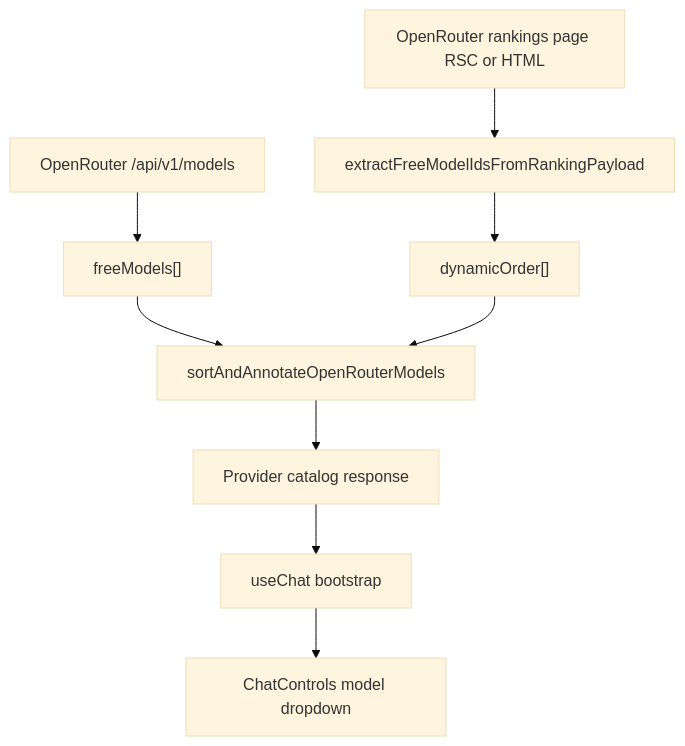
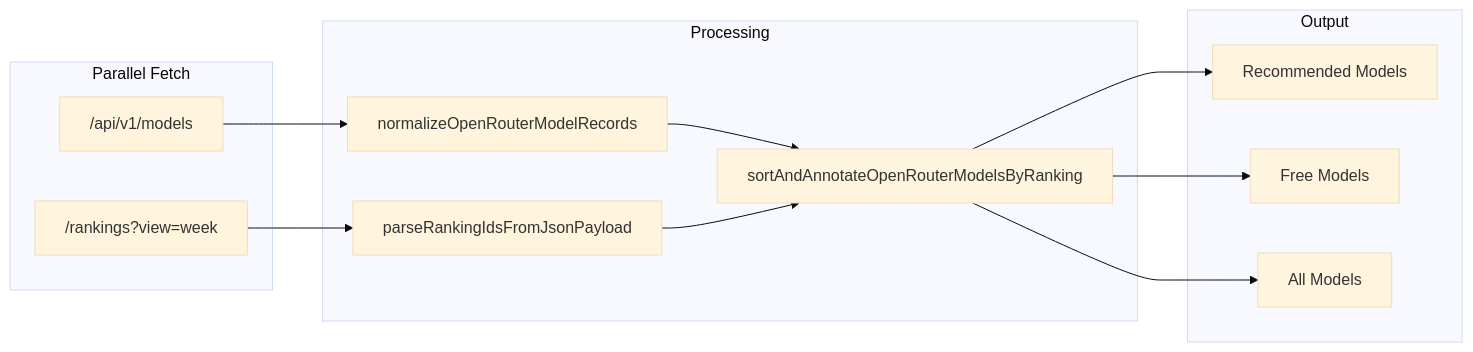
Before and after one commit to seintun/sifu_quest: the third of 3 diagrams in docs/technical/openrouter-programming-ranking-implementation.md, drawn with Mermaid (base theme). The commit also changed other lines of this file, not shown here.

First line of the commit message:
docs: update OpenRouter ranking technical design doc

````diff
--- a/docs/technical/openrouter-programming-ranking-implementation.md
+++ b/docs/technical/openrouter-programming-ranking-implementation.md
@@ -71,11 +145,27 @@
 ```mermaid
-flowchart TD
-  API1["OpenRouter /api/v1/models"] --> FREE["freeModels[]"]
-  API2["OpenRouter rankings page RSC or HTML"] --> PARSE["extractFreeModelIdsFromRankingPayload"]
-  PARSE --> ORDER["dynamicOrder[]"]
-  FREE --> APPLY["sortAndAnnotateOpenRouterModels"]
-  ORDER --> APPLY
-  APPLY --> PROVIDER["Provider catalog response"]
-  PROVIDER --> HOOK["useChat bootstrap"]
-  HOOK --> DROPDOWN["ChatControls model dropdown"]
+flowchart LR
+    subgraph "Parallel Fetch"
+        Models["/api/v1/models"]
+        Rankings["/rankings?view=week"]
+    end
+
+    subgraph "Processing"
+        Normalize["normalizeOpenRouterModelRecords"]
+        ParseJSON["parseRankingIdsFromJsonPayload"]
+        Sort["sortAndAnnotateOpenRouterModelsByRanking"]
+    end
+
+    subgraph "Output"
+        Recommended["Recommended Models"]
+        Free["Free Models"]
+        All["All Models"]
+    end
+
+    Models --> Normalize
+    Rankings --> ParseJSON
+    Normalize --> Sort
+    ParseJSON --> Sort
+    Sort --> Recommended
+    Sort --> Free
+    Sort --> All
 ```
````
